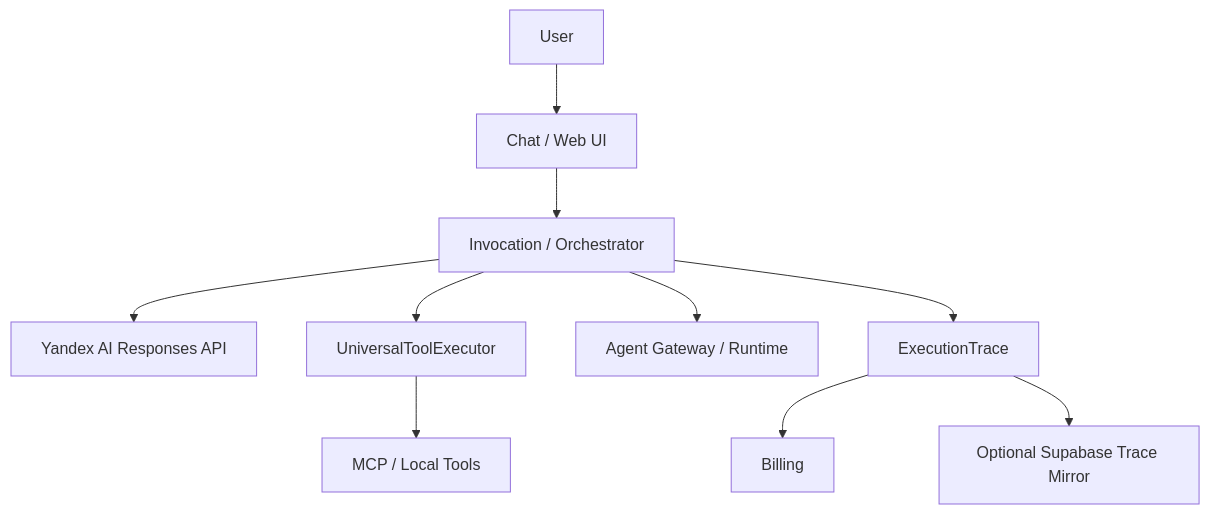
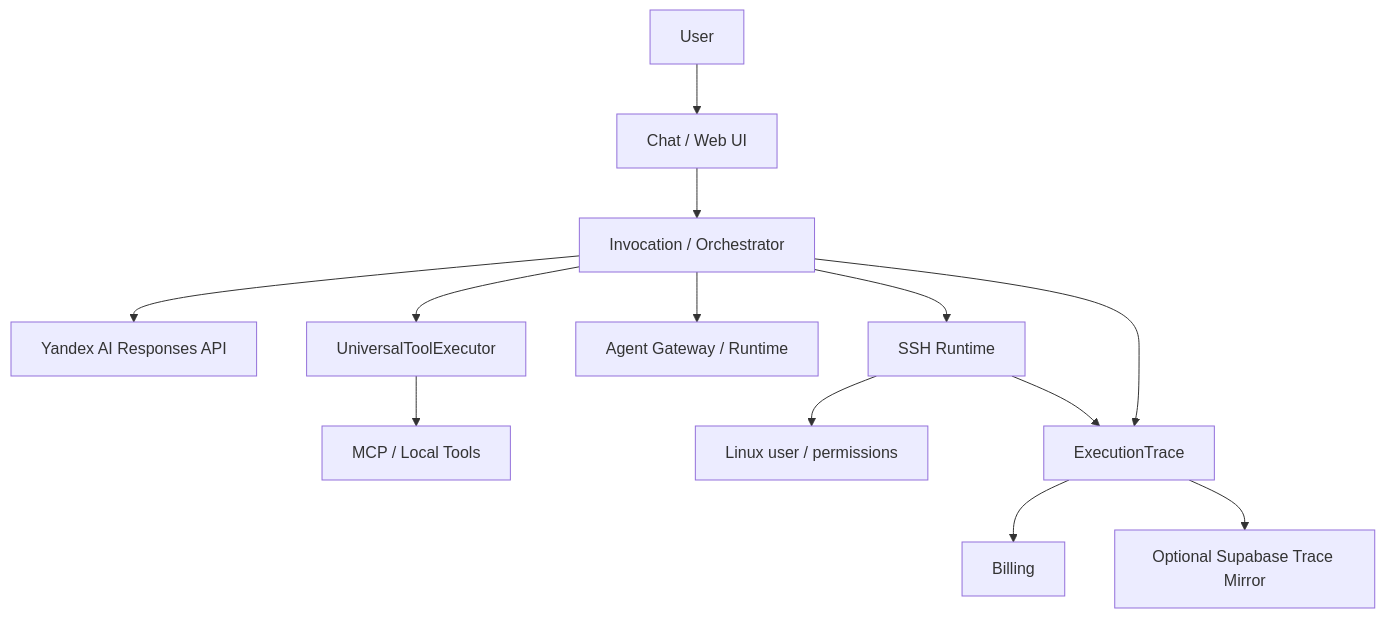
One commit to maksimp6/Chat changed the diagram in README.md. Above: the diagram before and after it, drawn with Mermaid. The commit also changed other lines of this file, not shown here.

Commit message:
docs(runtime): add SSH Runtime to architecture

````diff
--- a/README.md
+++ b/README.md
@@ -24,12 +24,15 @@
 ```mermaid
 flowchart TD
     U[User] --> C[Chat / Web UI]
     C --> O[Invocation / Orchestrator]
     O --> Y[Yandex AI Responses API]
     O --> T[UniversalToolExecutor]
     T --> M[MCP / Local Tools]
     O --> A[Agent Gateway / Runtime]
+    O --> R[SSH Runtime]
+    R --> L[Linux user / permissions]
+    R --> X[ExecutionTrace]
     O --> X[ExecutionTrace]
     X --> B[Billing]
     X --> S[Optional Supabase Trace Mirror]
 ```
````
